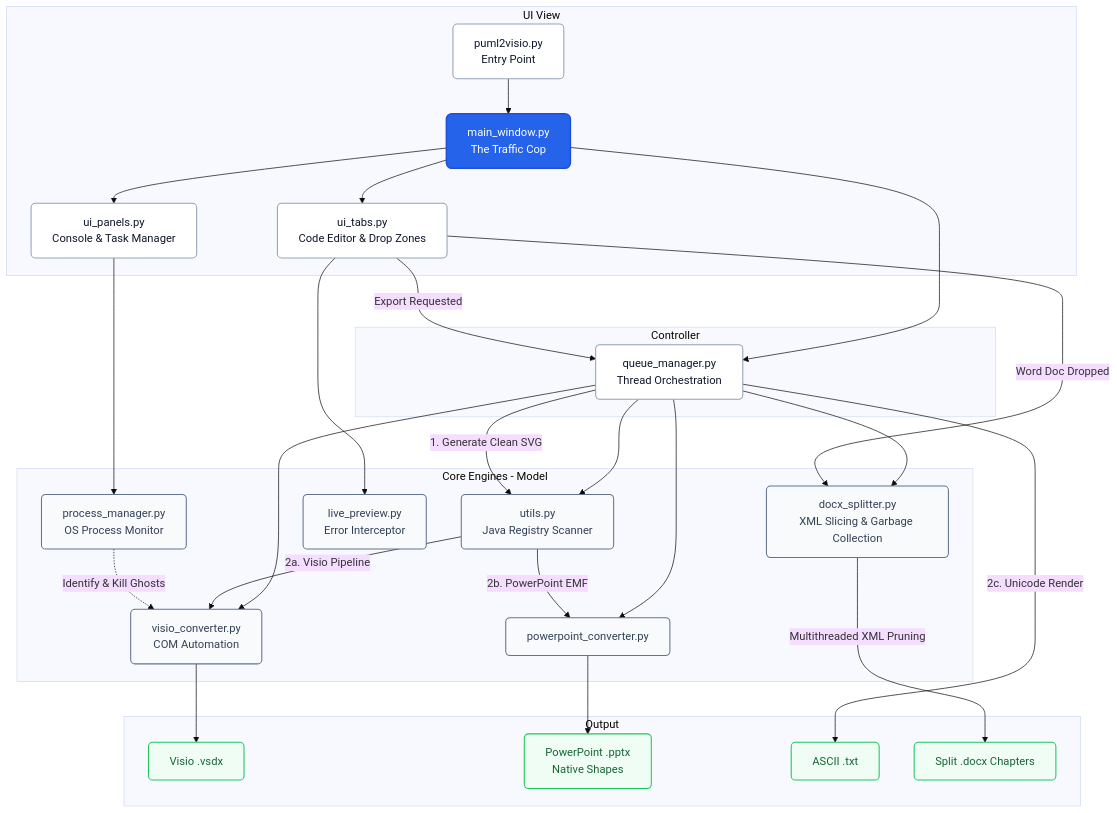
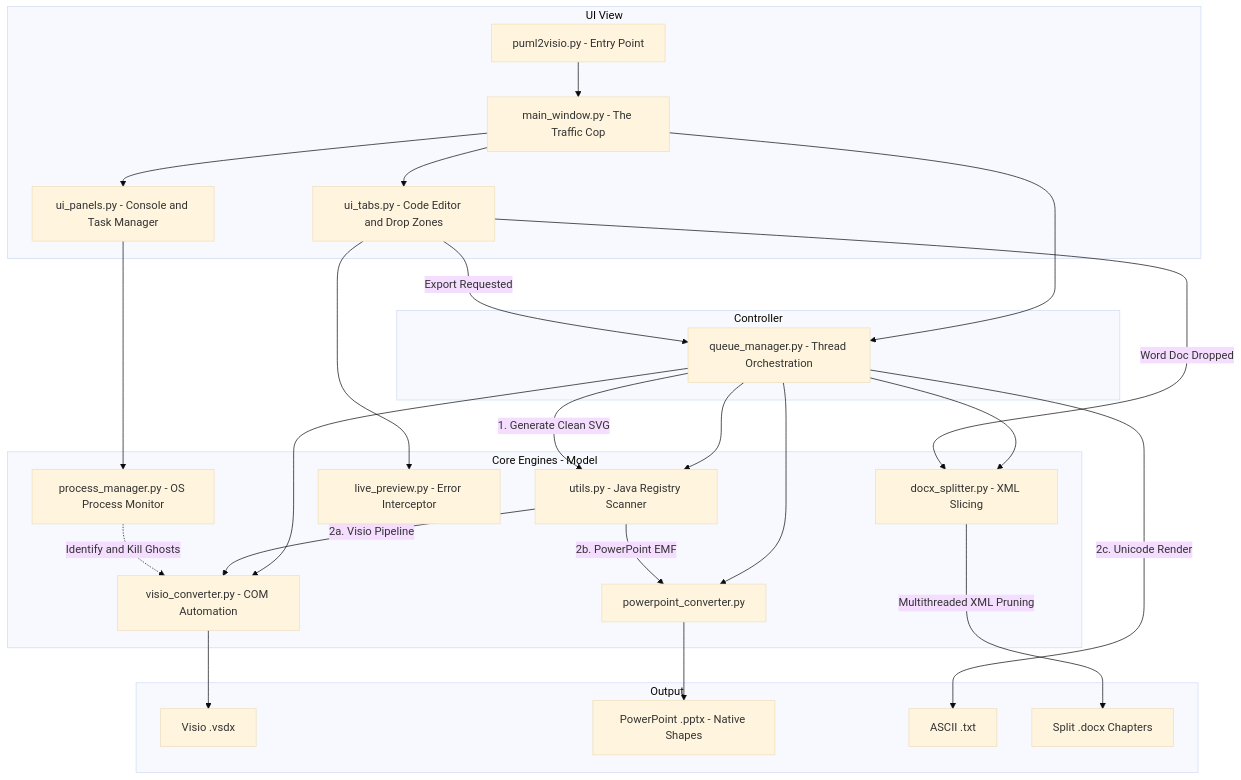
The diagram in puml2visio/README.md (telekom/3gpp-meeting-tools), drawn with Mermaid (base theme) before and after one commit. The commit also changed other lines of this file, not shown here.

Commit message:
Nicer architecture diagram

````diff
--- a/puml2visio/README.md
+++ b/puml2visio/README.md
@@ -39,51 +37,44 @@
 ```mermaid
 graph TD
-    %% Modern Styling Definitions
-    classDef default fill:#ffffff,stroke:#94a3b8,stroke-width:1.5px,color:#0f172a,rx:6,ry:6
-    classDef cop fill:#2563eb,stroke:#1d4ed8,stroke-width:2px,color:#ffffff,rx:8,ry:8
-    classDef engine fill:#f8fafc,stroke:#64748b,stroke-width:1.5px,color:#334155,rx:6,ry:6
-    classDef output fill:#f0fdf4,stroke:#22c55e,stroke-width:1.5px,color:#166534,rx:6,ry:6
-
     subgraph view [UI View]
-        E[puml2visio.py<br>Entry Point] --> M[main_window.py<br>The Traffic Cop]:::cop
-        M --> T[ui_tabs.py<br>Code Editor & Drop Zones]
-        M --> P[ui_panels.py<br>Console & Task Manager]
+        E[puml2visio.py - Entry Point] --> M[main_window.py - The Traffic Cop]
+        M --> T[ui_tabs.py - Code Editor and Drop Zones]
+        M --> P[ui_panels.py - Console and Task Manager]
     end
 
     subgraph controller [Controller]
-        M --> Q[queue_manager.py<br>Thread Orchestration]
+        M --> Q[queue_manager.py - Thread Orchestration]
     end
 
     subgraph model [Core Engines - Model]
-        Q --> J[utils.py<br>Java Registry Scanner]:::engine
-        Q --> V[visio_converter.py<br>COM Automation]:::engine
-        Q --> PPT[powerpoint_converter.py]:::engine
-        Q --> DOCX[docx_splitter.py<br>XML Slicing & Garbage Collection]:::engine
-        T --> LP[live_preview.py<br>Error Interceptor]:::engine
-        P --> PM[process_manager.py<br>OS Process Monitor]:::engine
+        Q --> J[utils.py - Java Registry Scanner]
+        Q --> V[visio_converter.py - COM Automation]
+        Q --> PPT[powerpoint_converter.py]
+        Q --> DOCX[docx_splitter.py - XML Slicing]
+        T --> LP[live_preview.py - Error Interceptor]
+        P --> PM[process_manager.py - OS Process Monitor]
     end
 
     subgraph output_group [Output]
-        OutV[Visio .vsdx]:::output
-        OutP[PowerPoint .pptx<br>Native Shapes]:::output
-        OutA[ASCII .txt]:::output
-        OutW[Split .docx Chapters]:::output
+        OutV[Visio .vsdx]
+        OutP[PowerPoint .pptx - Native Shapes]
+        OutA[ASCII .txt]
+        OutW[Split .docx Chapters]
     end
 
-    %% Routing Data Flow
-    T -- "Export Requested" --> Q
-    Q -- "1. Generate Clean SVG" --> J
+    T -->|Export Requested| Q
+    Q -->|1. Generate Clean SVG| J
     
-    J -- "2a. Visio Pipeline" --> V
+    J -->|2a. Visio Pipeline| V
     V --> OutV
 
-    J -- "2b. PowerPoint EMF" --> PPT
+    J -->|2b. PowerPoint EMF| PPT
     PPT --> OutP
     
-    Q -- "2c. Unicode Render" --> OutA
+    Q -->|2c. Unicode Render| OutA
     
-    T -- "Word Doc Dropped" --> DOCX
-    DOCX -- "Multithreaded XML Pruning" --> OutW
+    T -->|Word Doc Dropped| DOCX
+    DOCX -->|Multithreaded XML Pruning| OutW
     
-    PM -. "Identify & Kill Ghosts" .-> V
+    PM -.->|Identify and Kill Ghosts| V
 ```
````
